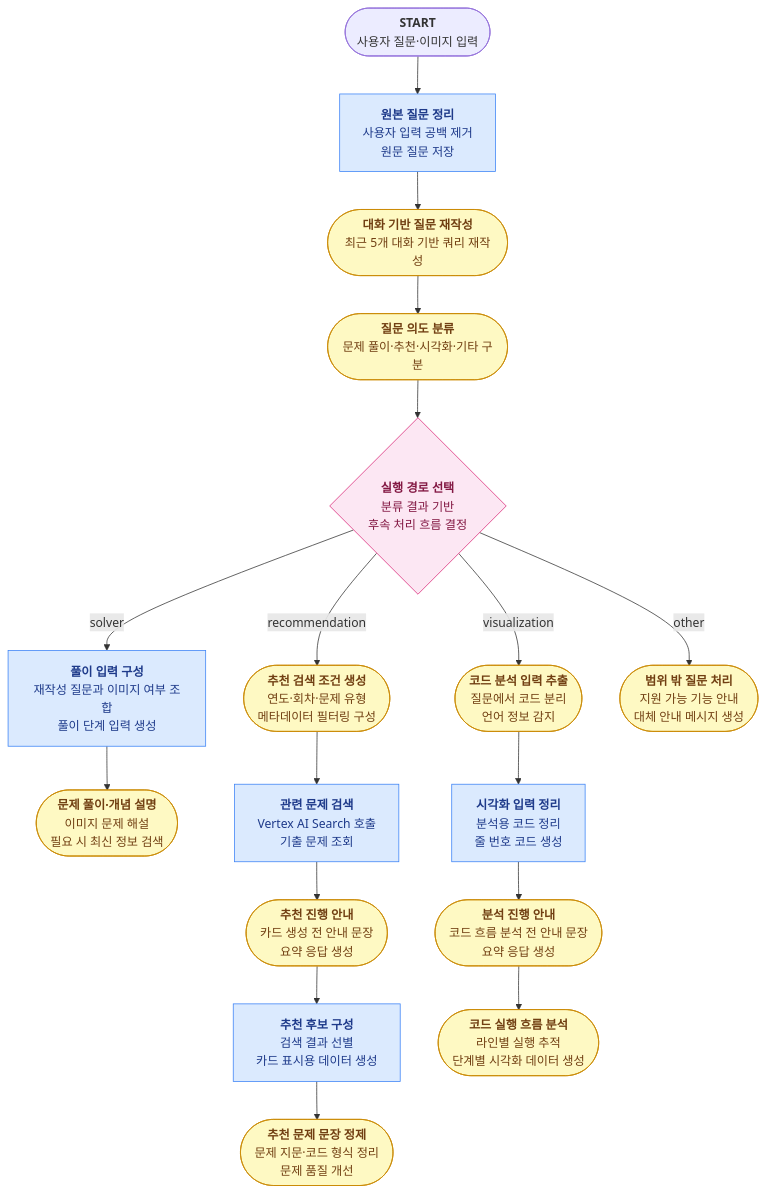
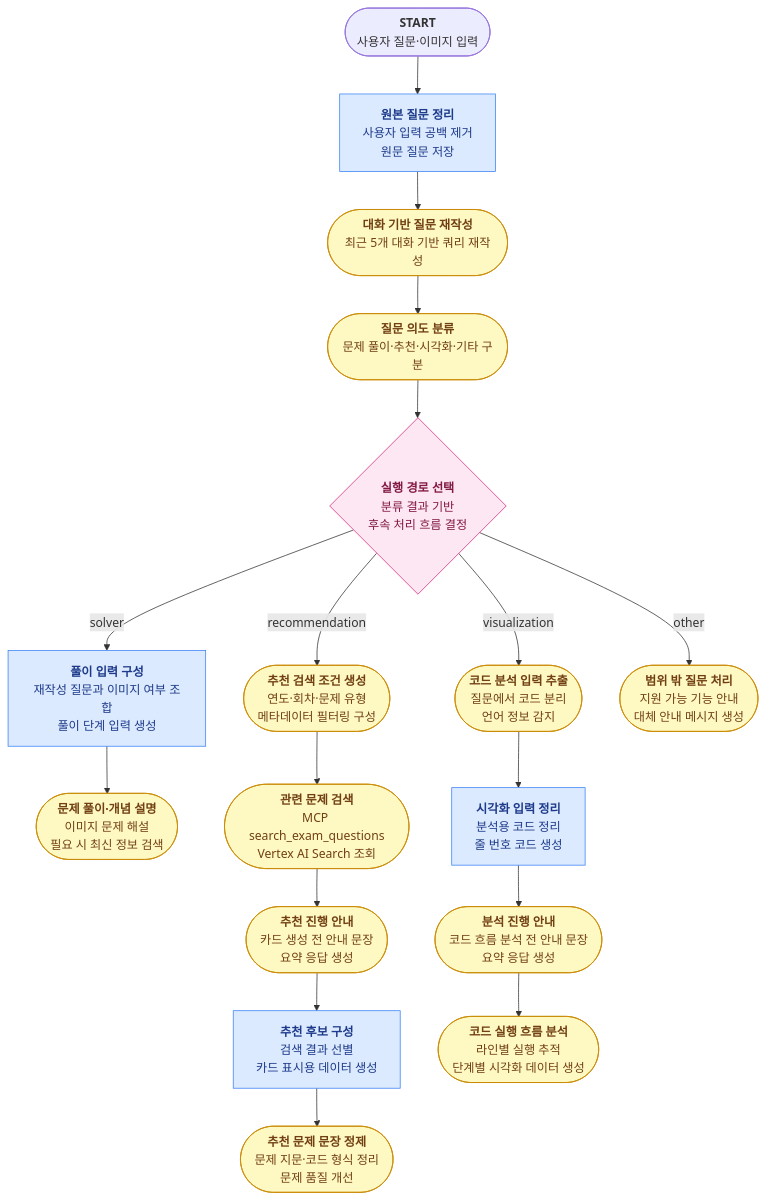
One commit to JangJiWon0108/smart-learning-platform-backend changed the third of 4 diagrams in docs/README.md. Above: the diagram before and after it, drawn with Mermaid. The commit also changed other lines of this file and 52 other files, not shown here.

````diff
--- a/docs/README.md
+++ b/docs/README.md
@@ -224,37 +322,37 @@
 ```mermaid
 flowchart TD
     classDef fn    fill:#dbeafe,stroke:#3b82f6,color:#1e3a8a
     classDef llm   fill:#fef9c3,stroke:#ca8a04,color:#713f12
     classDef rt    fill:#fce7f3,stroke:#db2777,color:#831843
 
     START(["<b>START</b><br/>사용자 질문·이미지 입력"])
 
     QP["<b>원본 질문 정리</b><br/>사용자 입력 공백 제거<br/>원문 질문 저장"]:::fn
     QR(["<b>대화 기반 질문 재작성</b><br/>최근 5개 대화 기반 쿼리 재작성"]):::llm
     IC(["<b>질문 의도 분류</b><br/>문제 풀이·추천·시각화·기타 구분"]):::llm
     IR{"<b>실행 경로 선택</b><br/>분류 결과 기반<br/>후속 처리 흐름 결정"}:::rt
 
     SP["<b>풀이 입력 구성</b><br/>재작성 질문과 이미지 여부 조합<br/>풀이 단계 입력 생성"]:::fn
     SA(["<b>문제 풀이·개념 설명</b><br/>이미지 문제 해설<br/>필요 시 최신 정보 검색"]):::llm
 
     FA(["<b>추천 검색 조건 생성</b><br/>연도·회차·문제 유형<br/>메타데이터 필터링 구성"]):::llm
-    VS["<b>관련 문제 검색</b><br/>Vertex AI Search 호출<br/>기출 문제 조회"]:::fn
+    VS(["<b>관련 문제 검색</b><br/>MCP search_exam_questions<br/>Vertex AI Search 조회"]):::llm
     CI(["<b>추천 진행 안내</b><br/>카드 생성 전 안내 문장<br/>요약 응답 생성"]):::llm
     CA["<b>추천 후보 구성</b><br/>검색 결과 선별<br/>카드 표시용 데이터 생성"]:::fn
     QRA(["<b>추천 문제 문장 정제</b><br/>문제 지문·코드 형식 정리<br/>문제 품질 개선"]):::llm
 
     TIA(["<b>코드 분석 입력 추출</b><br/>질문에서 코드 분리<br/>언어 정보 감지"]):::llm
     PTI["<b>시각화 입력 정리</b><br/>분석용 코드 정리<br/>줄 번호 코드 생성"]:::fn
     TI(["<b>분석 진행 안내</b><br/>코드 흐름 분석 전 안내 문장<br/>요약 응답 생성"]):::llm
     TA(["<b>코드 실행 흐름 분석</b><br/>라인별 실행 추적<br/>단계별 시각화 데이터 생성"]):::llm
 
     FB(["<b>범위 밖 질문 처리</b><br/>지원 가능 기능 안내<br/>대체 안내 메시지 생성"]):::llm
 
     START --> QP --> QR --> IC --> IR
 
     IR -->|solver| SP --> SA
     IR -->|recommendation| FA --> VS --> CI --> CA --> QRA
     IR -->|visualization| TIA --> PTI --> TI --> TA
     IR -->|other| FB
 
 ```
````
